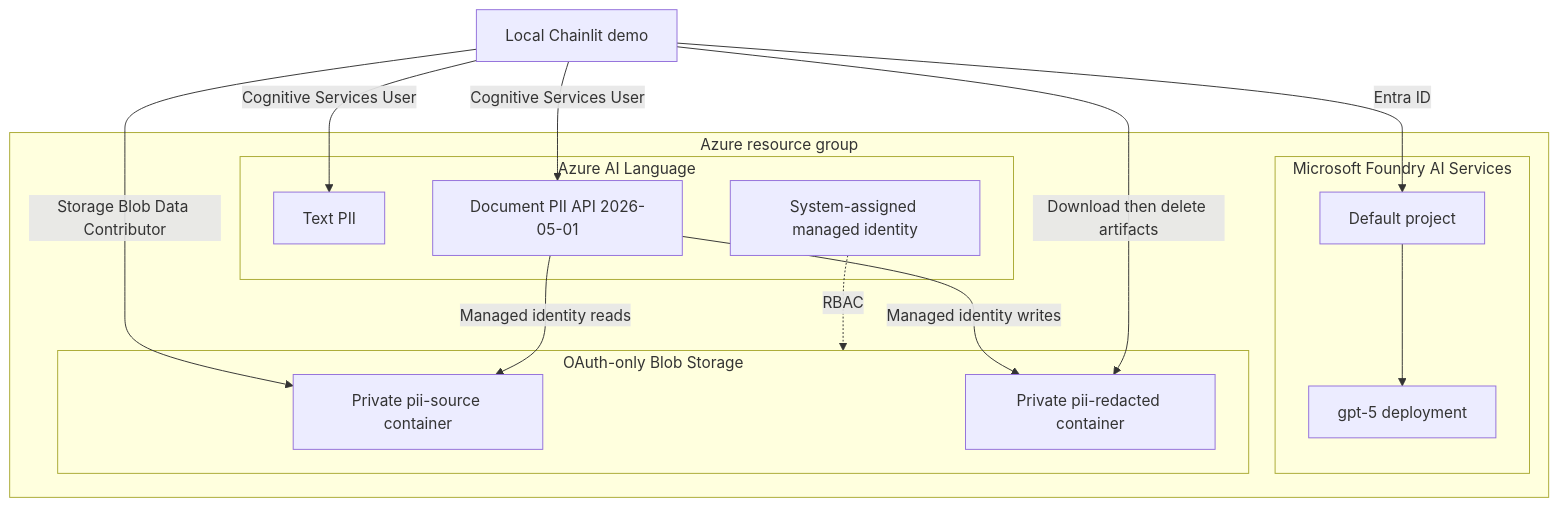
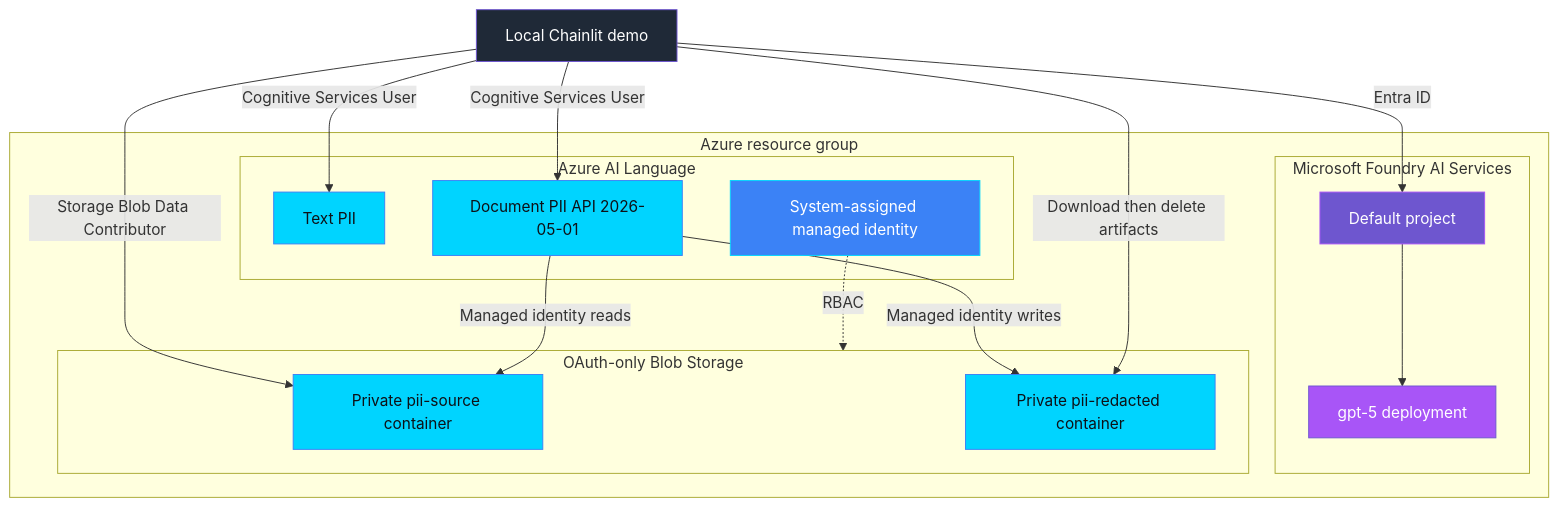
Before and after one commit to doruit/forged-with-foundry: the second of 2 diagrams in controls/privacy/PRI-001_pii_exposure/README.md, drawn with Mermaid. The commit also changed other lines of this file and 167 other files, not shown here.

````diff
--- a/controls/privacy/PRI-001_pii_exposure/README.md
+++ b/controls/privacy/PRI-001_pii_exposure/README.md
@@ -76,32 +99,43 @@
 ```mermaid
 flowchart TB
     DEV[Local Chainlit demo]
 
     subgraph RG[Azure resource group]
         subgraph F[Microsoft Foundry AI Services]
             PRJ[Default project]
             MODEL[gpt-5 deployment]
             PRJ --> MODEL
         end
 
         subgraph L[Azure AI Language]
             TEXT[Text PII]
             DOC[Document PII API 2026-05-01]
             MI[System-assigned managed identity]
         end
 
         subgraph S[OAuth-only Blob Storage]
             SRC[Private pii-source container]
             TGT[Private pii-redacted container]
         end
     end
 
     DEV -->|Entra ID| PRJ
     DEV -->|Cognitive Services User| TEXT
     DEV -->|Cognitive Services User| DOC
     DEV -->|Storage Blob Data Contributor| SRC
     DOC -->|Managed identity reads| SRC
     DOC -->|Managed identity writes| TGT
     MI -. RBAC .-> S
     DEV -->|Download then delete artifacts| TGT
+
+    classDef governance fill:#6E56CF,stroke:#A855F7,color:#FFFFFF
+    classDef platform fill:#3B82F6,stroke:#00D4FF,color:#FFFFFF
+    classDef evidence fill:#00D4FF,stroke:#3B82F6,color:#0D1117
+    classDef intelligence fill:#A855F7,stroke:#6E56CF,color:#FFFFFF
+    classDef neutral fill:#1F2937,stroke:#6E56CF,color:#FFFFFF
+    class DEV neutral
+    class MI platform
+    class PRJ governance
+    class MODEL intelligence
+    class TEXT,DOC,SRC,TGT evidence
 ```
````
